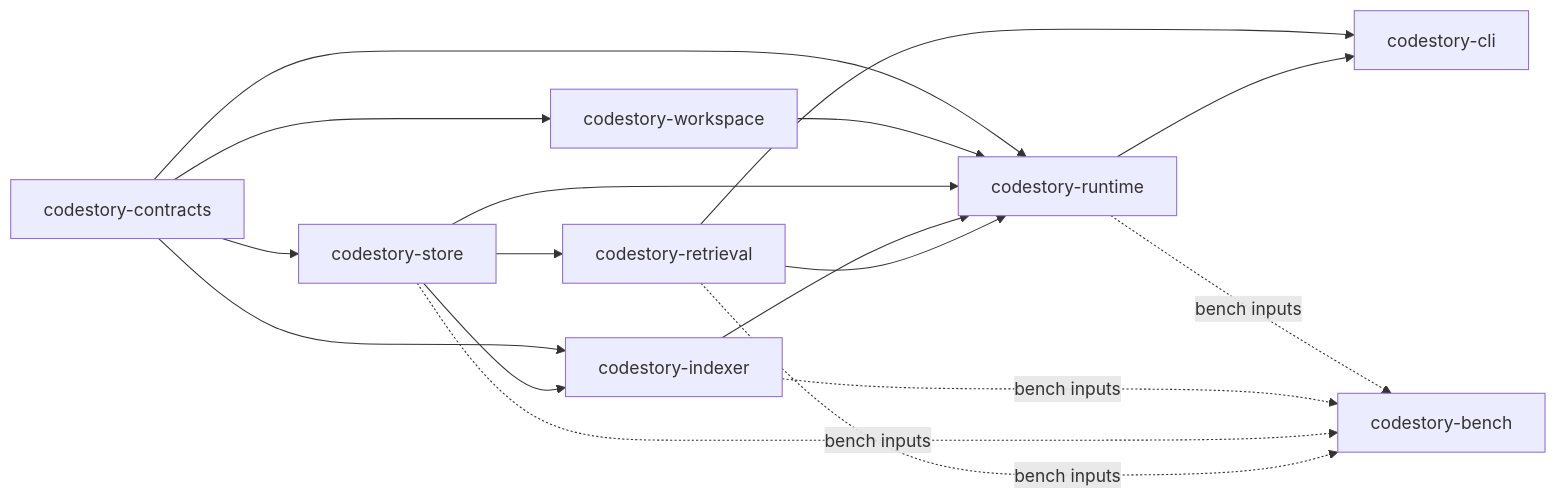
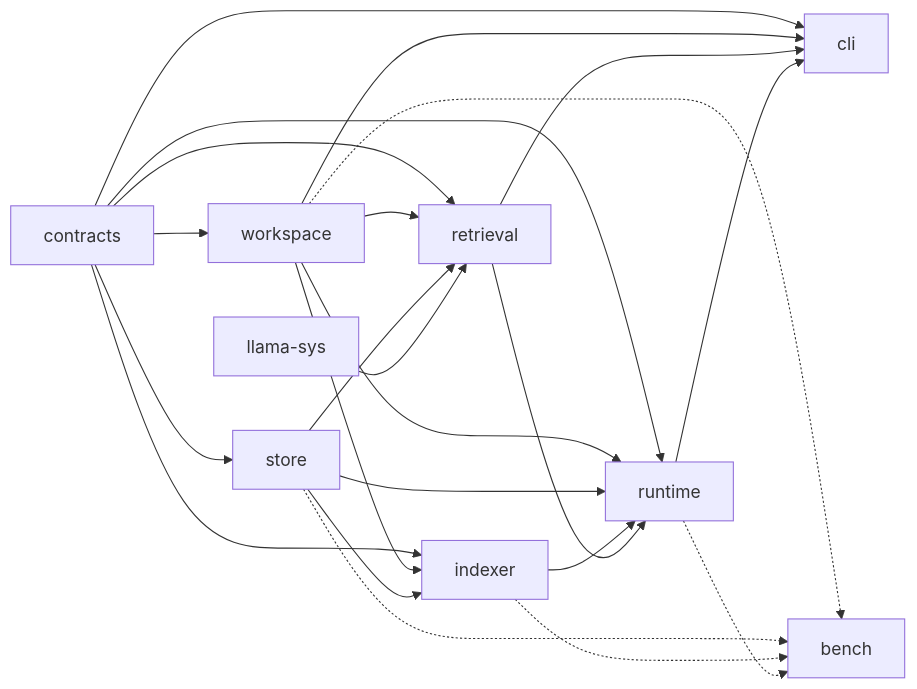
Before and after one commit to TheGreenCedar/CodeStory: the third of 3 diagrams in docs/architecture/overview.md, drawn with Mermaid. The commit also changed other lines of this file and 85 other files, not shown here.

````diff
--- a/docs/architecture/overview.md
+++ b/docs/architecture/overview.md
@@ -35,28 +81,35 @@
 ```mermaid
 flowchart LR
-    Contracts["codestory-contracts"]
-    Workspace["codestory-workspace"]
-    Store["codestory-store"]
-    Indexer["codestory-indexer"]
-    Retrieval["codestory-retrieval"]
-    Runtime["codestory-runtime"]
-    CLI["codestory-cli"]
-    Bench["codestory-bench"]
+    Contracts["contracts"]
+    Workspace["workspace"]
+    Store["store"]
+    Indexer["indexer"]
+    Llama["llama-sys"]
+    Retrieval["retrieval"]
+    Runtime["runtime"]
+    CLI["cli"]
+    Bench["bench"]
 
     Contracts --> Workspace
     Contracts --> Store
     Contracts --> Indexer
+    Contracts --> Retrieval
     Contracts --> Runtime
+    Contracts --> CLI
+    Workspace --> Indexer
+    Workspace --> Retrieval
     Workspace --> Runtime
+    Workspace --> CLI
+    Store --> Indexer
+    Store --> Retrieval
     Store --> Runtime
-    Store --> Indexer
+    Llama --> Retrieval
     Indexer --> Runtime
-    Store --> Retrieval
     Retrieval --> Runtime
     Retrieval --> CLI
     Runtime --> CLI
-    Runtime -. bench inputs .-> Bench
-    Indexer -. bench inputs .-> Bench
-    Store -. bench inputs .-> Bench
-    Retrieval -. bench inputs .-> Bench
+    Workspace -.-> Bench
+    Store -.-> Bench
+    Indexer -.-> Bench
+    Runtime -.-> Bench
 ```
````
